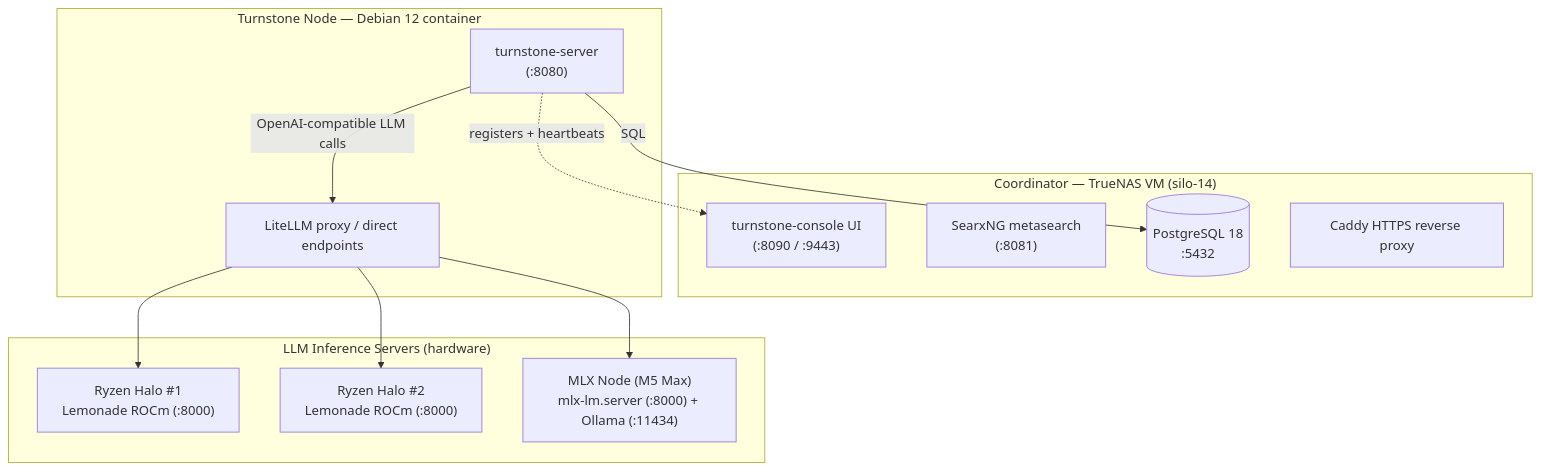
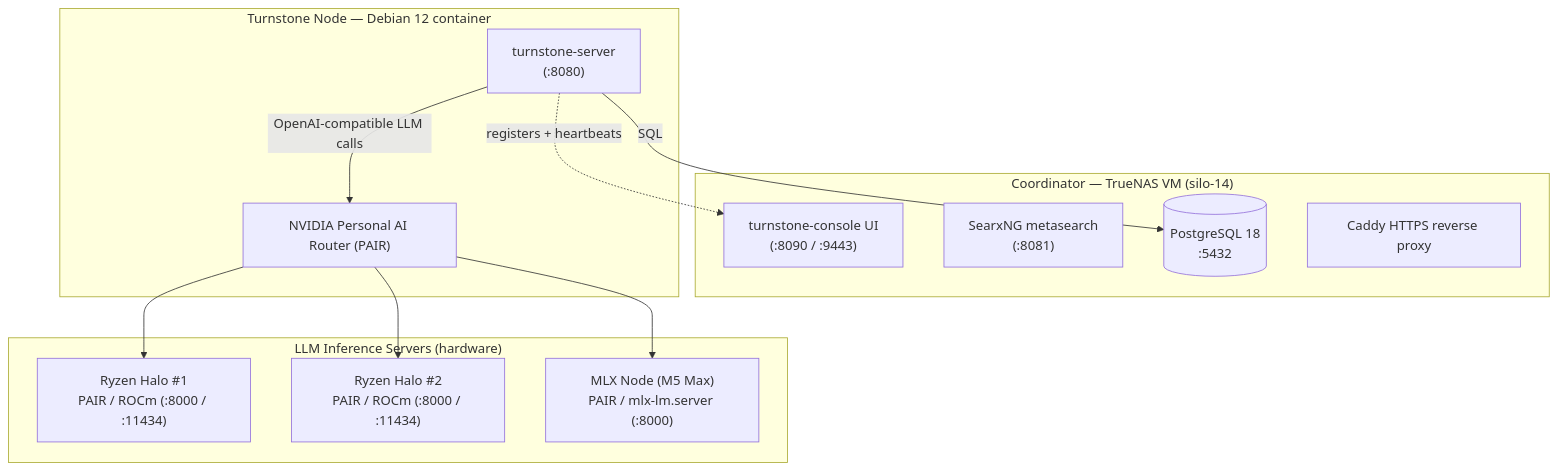
Before and after one commit to teqonix/turnstone-teqonix: the diagram in .github/issues/bare_metal_migration/README.md, drawn with Mermaid. The commit also changed other lines of this file and 35 other files, not shown here.

Commit message:
Clean up stack: remove LiteLLM in favor of PAIR, move Ryzen helpers to ryzen_node_custom

````diff
--- a/.github/issues/bare_metal_migration/README.md
+++ b/.github/issues/bare_metal_migration/README.md
@@ -11,27 +11,27 @@
 ```mermaid
 flowchart TD
     subgraph COORD["Coordinator — TrueNAS VM (silo-14)"]
         CONSOLE["turnstone-console UI<br/>(:8090 / :9443)"]
         SEARX["SearxNG metasearch<br/>(:8081)"]
         PG[("PostgreSQL 18<br/>:5432")]
         CADDY["Caddy HTTPS reverse proxy"]
     end
 
     subgraph NODE["Turnstone Node — Debian 12 container"]
         TS["turnstone-server<br/>(:8080)"]
         TS -.->|"registers + heartbeats"| CONSOLE
         TS -->|"SQL"| PG
         TS -->|"OpenAI-compatible LLM calls"| ROUTER
     end
 
     subgraph INFER["LLM Inference Servers (hardware)"]
-        ROUTER["LiteLLM proxy / direct endpoints"]
-        RYZEN1["Ryzen Halo #1<br/>Lemonade ROCm (:8000)"]
-        RYZEN2["Ryzen Halo #2<br/>Lemonade ROCm (:8000)"]
-        MLX["MLX Node (M5 Max)<br/>mlx-lm.server (:8000) + Ollama (:11434)"]
+        ROUTER["NVIDIA Personal AI Router (PAIR)"]
+        RYZEN1["Ryzen Halo #1<br/>PAIR / ROCm (:8000 / :11434)"]
+        RYZEN2["Ryzen Halo #2<br/>PAIR / ROCm (:8000 / :11434)"]
+        MLX["MLX Node (M5 Max)<br/>PAIR / mlx-lm.server (:8000)"]
     end
 
     ROUTER --> RYZEN1
     ROUTER --> RYZEN2
     ROUTER --> MLX
 ```
````
